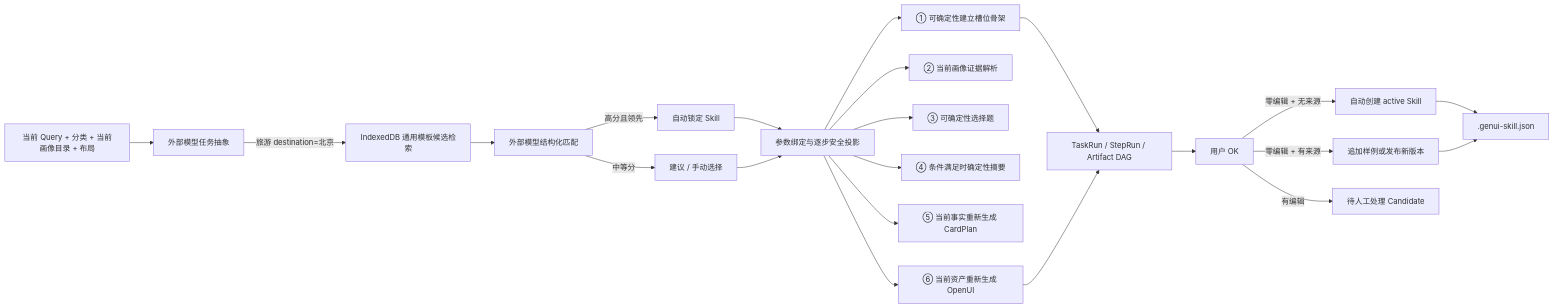
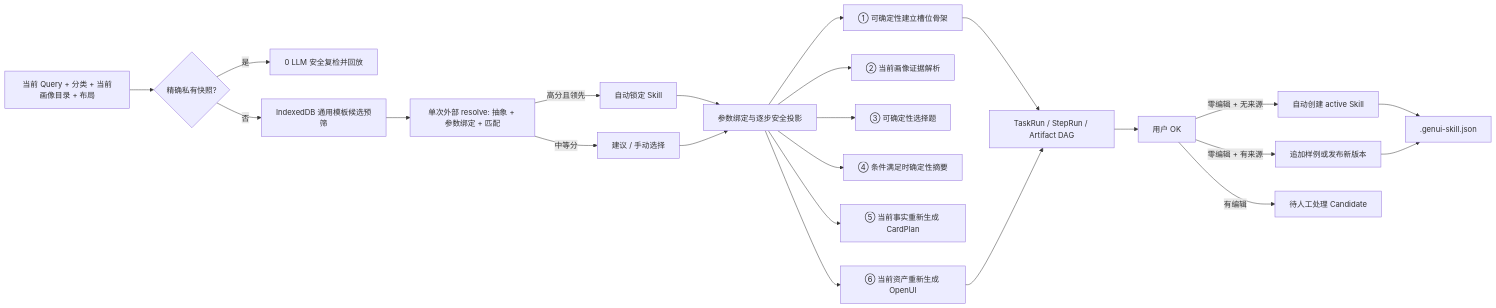
The diagram in docs/TASK-RUN-SKILL-STORAGE.md (sxd722/cot-genui), drawn with Mermaid before and after one commit. The commit also changed other lines of this file and 30 other files, not shown here.

````diff
--- a/docs/TASK-RUN-SKILL-STORAGE.md
+++ b/docs/TASK-RUN-SKILL-STORAGE.md
@@ -7,24 +28,25 @@
 ```mermaid
 flowchart LR
-  Q[当前 Query + 分类 + 当前画像目录 + 布局] --> A[外部模型任务抽象]
-  A -->|旅游 destination=北京| M[IndexedDB 通用模板候选检索]
-  M --> L[外部模型结构化匹配]
+  Q[当前 Query + 分类 + 当前画像目录 + 布局] --> E{精确私有快照?}
+  E -->|是| Z[0 LLM 安全复检并回放]
+  E -->|否| M[IndexedDB 通用模板候选预筛]
+  M --> L[单次外部 resolve: 抽象 + 参数绑定 + 匹配]
   L -->|高分且领先| K[自动锁定 Skill]
   L -->|中等分| S[建议 / 手动选择]
   K --> P[参数绑定与逐步安全投影]
   S --> P
   P --> S1[① 可确定性建立槽位骨架]
   P --> S2[② 当前画像证据解析]
   P --> S3[③ 可确定性选择题]
   P --> S4[④ 条件满足时确定性摘要]
   P --> S5[⑤ 当前事实重新生成 CardPlan]
   P --> S6[⑥ 当前资产重新生成 OpenUI]
   S1 --> R[TaskRun / StepRun / Artifact DAG]
   S6 --> R
   R --> OK[用户 OK]
   OK -->|零编辑 + 无来源| N[自动创建 active Skill]
   OK -->|零编辑 + 有来源| V[追加样例或发布新版本]
   OK -->|有编辑| C[待人工处理 Candidate]
   N --> X[.genui-skill.json]
   V --> X
 ```
````
